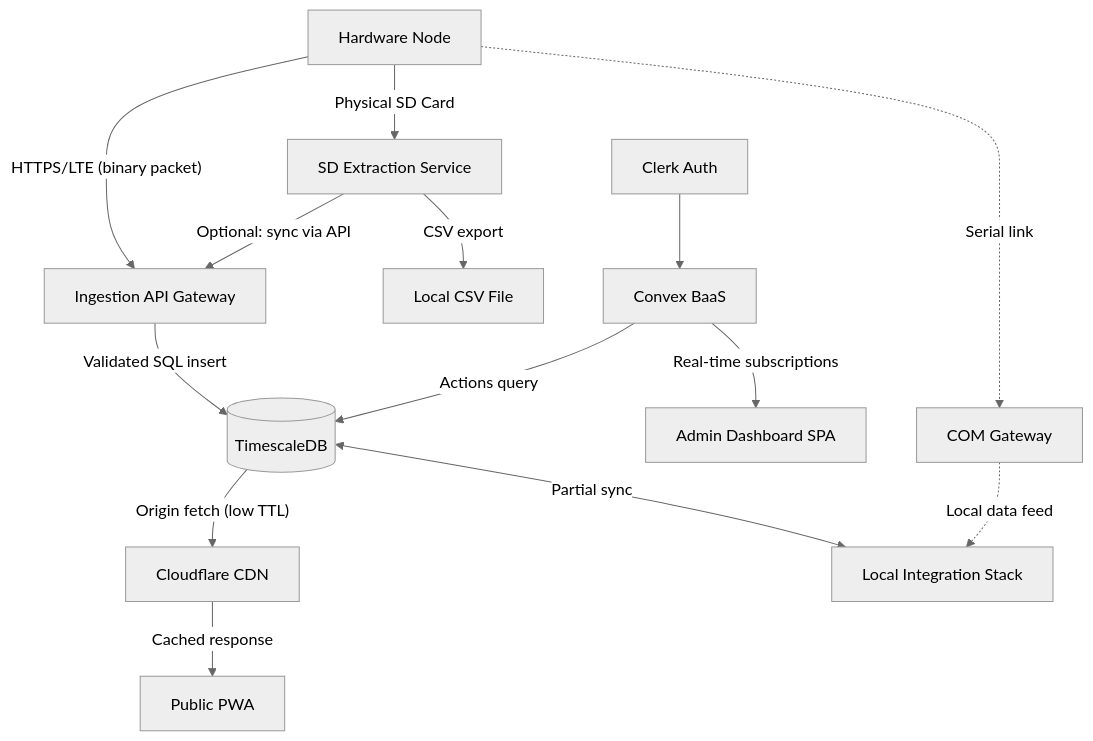
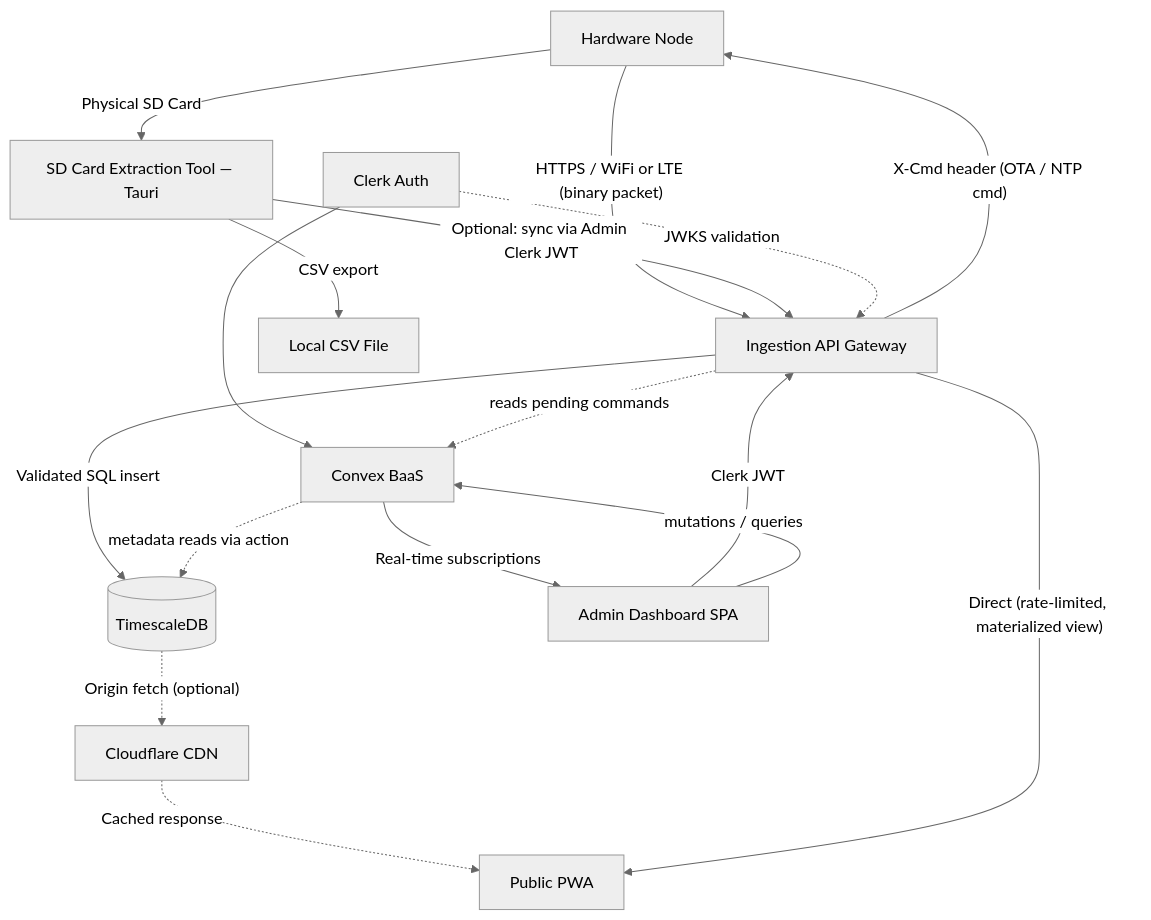
Before and after one commit to jabezdev/thesis: the second of 2 diagrams in 5_deployed_system/ARCHITECTURE.md, drawn with Mermaid (neutral theme). The commit also changed other lines of this file and 12 other files, not shown here.

````diff
--- a/5_deployed_system/ARCHITECTURE.md
+++ b/5_deployed_system/ARCHITECTURE.md
@@ -364,19 +405,21 @@
 ```mermaid
 graph TD
-    A[Hardware Node] -- "HTTPS/LTE (binary packet)" --> IG[Ingestion API Gateway]
+    A[Hardware Node] -- "HTTPS / WiFi or LTE (binary packet)" --> IG[Ingestion API Gateway]
     IG -- "Validated SQL insert" --> B[(TimescaleDB)]
-    A -- "Physical SD Card" --> E[SD Extraction Service]
+    IG -- "X-Cmd header (OTA / NTP cmd)" --> A
+    A -- "Physical SD Card" --> E[SD Card Extraction Tool — Tauri]
     E -- "CSV export" --> FILE[Local CSV File]
-    E -- "Optional: sync via API" --> IG
+    E -- "Optional: sync via Admin Clerk JWT" --> IG
 
-    B -- "Origin fetch (low TTL)" --> CF[Cloudflare CDN]
-    CF -- "Cached response" --> C[Public PWA]
+    B -. "Origin fetch (optional)" .-> CF[Cloudflare CDN]
+    CF -. "Cached response" .-> C[Public PWA]
+    IG -- "Direct (rate-limited, materialized view)" --> C
 
-    CX[Convex BaaS] -- "Actions query" --> B
+    D[Admin Dashboard SPA] -- "Clerk JWT" --> IG
+    D -- "mutations / queries" --> CX[Convex BaaS]
+    CX -- "Real-time subscriptions" --> D
+    CX -.->|metadata reads via action| B
     CK[Clerk Auth] --> CX
-    CX -- "Real-time subscriptions" --> D[Admin Dashboard SPA]
-
-    B <-- "Partial sync" --> LS[Local Integration Stack]
-    A -. "Serial link" .-> COM[COM Gateway]
-    COM -. "Local data feed" .-> LS
+    CK -.->|JWKS validation| IG
+    IG -.->|reads pending commands| CX
 ```
````
